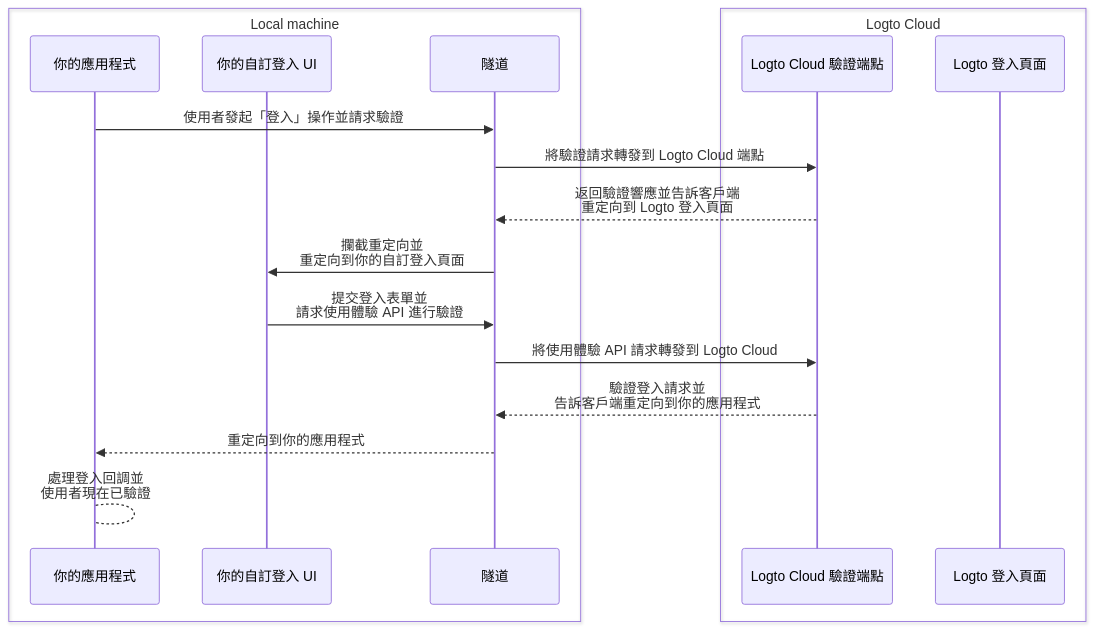
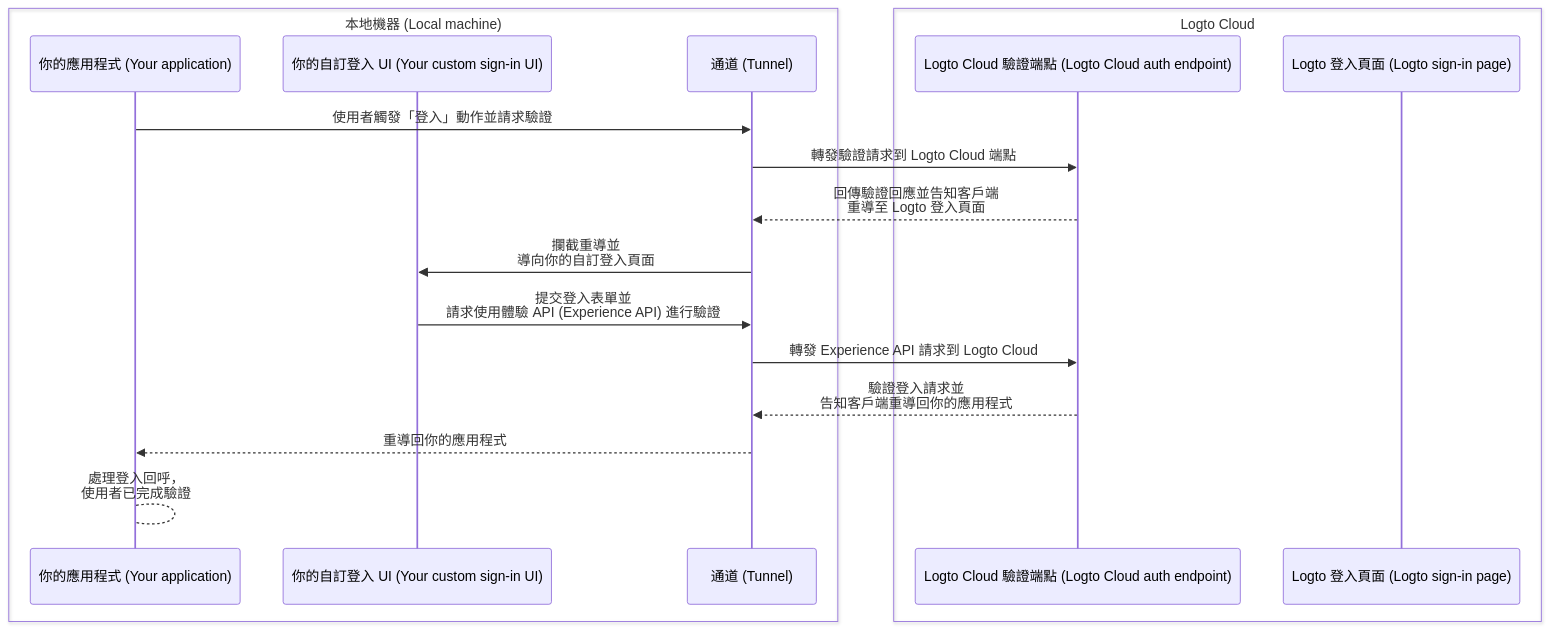
Before and after one commit to logto-io/docs: the second of 2 diagrams in i18n/zh-TW/docusaurus-plugin-content-docs/current/customization/bring-your-ui/debug-and-test-your-custom-ui-locally.mdx, drawn with Mermaid. The commit also changed other lines of this file and 666 other files, not shown here.

````diff
--- a/i18n/zh-TW/docusaurus-plugin-content-docs/current/customization/bring-your-ui/debug-and-test-your-custom-ui-locally.mdx
+++ b/i18n/zh-TW/docusaurus-plugin-content-docs/current/customization/bring-your-ui/debug-and-test-your-custom-ui-locally.mdx
@@ -44,21 +45,21 @@
 ```mermaid
 sequenceDiagram
-    box Local machine
-    participant A as 你的應用程式
-    participant B as 你的自訂登入 UI
-    participant C as 隧道
+    box 本地機器 (Local machine)
+    participant A as 你的應用程式 (Your application)
+    participant B as 你的自訂登入 UI (Your custom sign-in UI)
+    participant C as 通道 (Tunnel)
     end
     box Logto Cloud
-    participant D as Logto Cloud 驗證端點
-    participant E as Logto 登入頁面
+    participant D as Logto Cloud 驗證端點 (Logto Cloud auth endpoint)
+    participant E as Logto 登入頁面 (Logto sign-in page)
     end
-    A ->> C: 使用者發起「登入」操作並請求驗證
-    C ->> D: 將驗證請求轉發到 Logto Cloud 端點
-    D -->> C: 返回驗證響應並告訴客戶端<br/>重定向到 Logto 登入頁面
-    C ->> B: 攔截重定向並<br/>重定向到你的自訂登入頁面
-    B ->> C: 提交登入表單並<br/>請求使用體驗 API 進行驗證
-    C ->> D: 將使用體驗 API 請求轉發到 Logto Cloud
-    D -->> C: 驗證登入請求並<br/>告訴客戶端重定向到你的應用程式
-    C -->> A: 重定向到你的應用程式
-    A --> A: 處理登入回調並<br/>使用者現在已驗證
+    A ->> C: 使用者觸發「登入」動作並請求驗證
+    C ->> D: 轉發驗證請求到 Logto Cloud 端點
+    D -->> C: 回傳驗證回應並告知客戶端<br/>重導至 Logto 登入頁面
+    C ->> B: 攔截重導並<br/>導向你的自訂登入頁面
+    B ->> C: 提交登入表單並<br/>請求使用體驗 API (Experience API) 進行驗證
+    C ->> D: 轉發 Experience API 請求到 Logto Cloud
+    D -->> C: 驗證登入請求並<br/>告知客戶端重導回你的應用程式
+    C -->> A: 重導回你的應用程式
+    A --> A: 處理登入回呼，<br/>使用者已完成驗證
 ```
````
